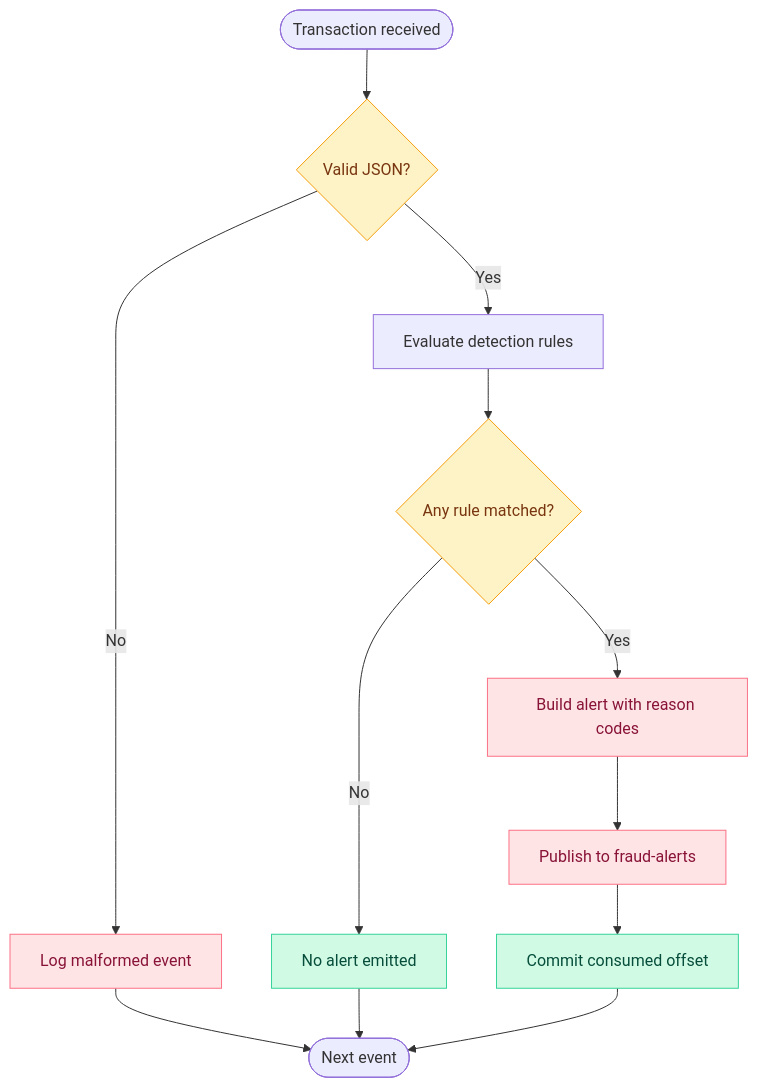
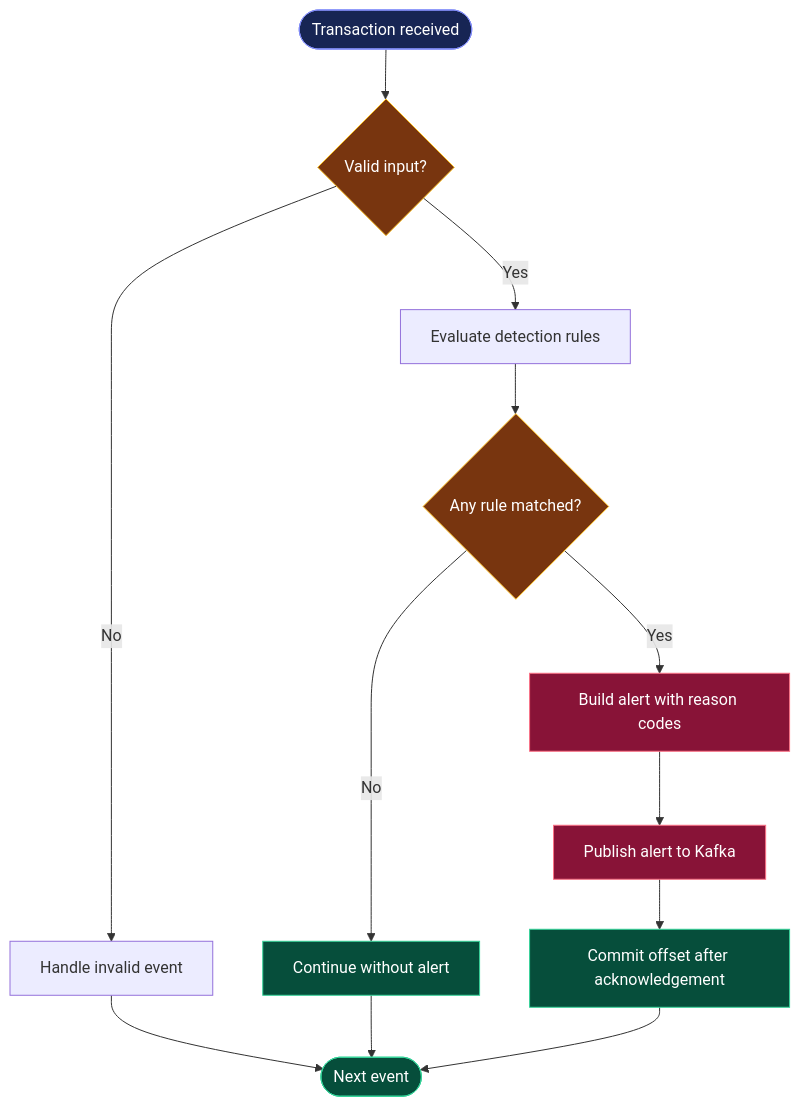
The second of 2 diagrams in README.md (akankshad1712/real-time-fraud-detection-system), drawn with Mermaid before and after one commit. The commit also changed other lines of this file, not shown here.

````diff
--- a/README.md
+++ b/README.md
@@ -167,27 +137,24 @@
 ```mermaid
 flowchart TD
-    START(["Transaction received"]) --> VALID{"Valid JSON?"}
+    S(["Transaction received"]) --> V{"Valid input?"}
+    V -->|No| X["Handle invalid event"]
+    V -->|Yes| R["Evaluate detection rules"]
+    R --> D{"Any rule matched?"}
+    D -->|No| N["Continue without alert"]
+    D -->|Yes| A["Build alert with reason codes"]
+    A --> P["Publish alert to Kafka"]
+    P --> C["Commit offset after acknowledgement"]
+    X --> E(["Next event"])
+    N --> E
+    C --> E
 
-    VALID -->|No| INVALID["Log malformed event"]
-    VALID -->|Yes| RULES["Evaluate detection rules"]
+    classDef start fill:#172554,stroke:#818CF8,color:#FFFFFF
+    classDef decision fill:#78350F,stroke:#FBBF24,color:#FFFFFF
+    classDef alert fill:#881337,stroke:#FB7185,color:#FFFFFF
+    classDef success fill:#064E3B,stroke:#34D399,color:#FFFFFF
 
-    RULES --> MATCH{"Any rule matched?"}
-
-    MATCH -->|No| NORMAL["No alert emitted"]
-    MATCH -->|Yes| ALERT["Build alert with reason codes"]
-
-    ALERT --> PUBLISH["Publish to fraud-alerts"]
-    PUBLISH --> COMMIT["Commit consumed offset"]
-
-    INVALID --> NEXT(["Next event"])
-    NORMAL --> NEXT
-    COMMIT --> NEXT
-
-    classDef decision fill:#FEF3C7,stroke:#F59E0B,color:#78350F
-    classDef good fill:#D1FAE5,stroke:#34D399,color:#064E3B
-    classDef warning fill:#FFE4E6,stroke:#FB7185,color:#881337
-
-    class VALID,MATCH decision
-    class NORMAL,COMMIT good
-    class INVALID,ALERT,PUBLISH warning
+    class S start
+    class V,D decision
+    class A,P alert
+    class N,C,E success
 ```
````
